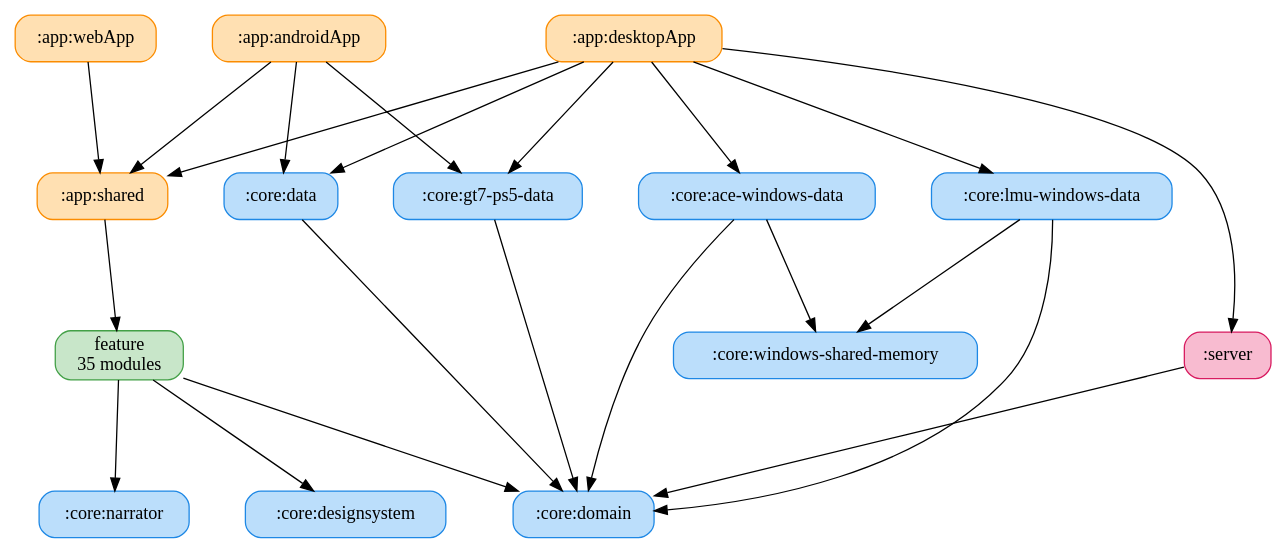
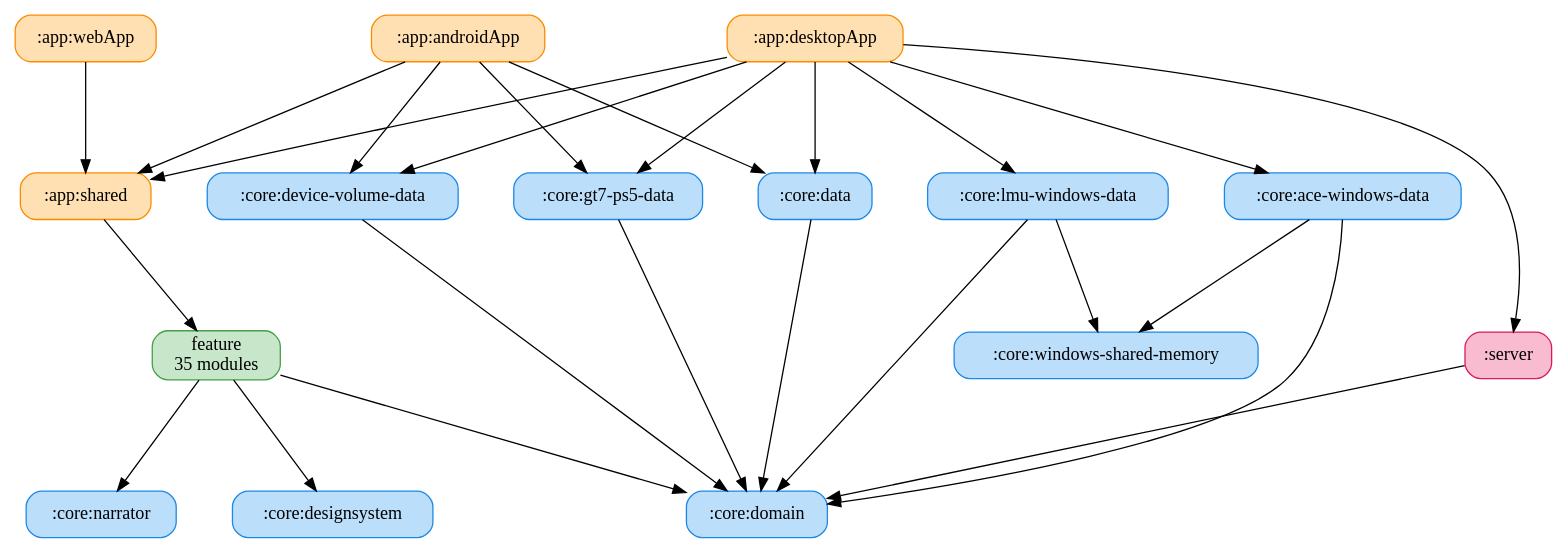
One commit to ai-kurou/KoDriver changed the diagram in docs/graphs/full-graph.gv. Above: the diagram before and after it, drawn with Graphviz. The commit also changed 51 other files, not shown here.

```diff
--- a/docs/graphs/full-graph.gv
+++ b/docs/graphs/full-graph.gv
@@ -1,40 +1,44 @@
 digraph G {
   rankdir=TB
   graph [ranksep=1.2, nodesep=0.6]
   node [shape=box, style="rounded,filled"]
   ":app:androidApp" [label=":app:androidApp", fillcolor="#FFE0B2", color="#FB8C00"]
   ":app:desktopApp" [label=":app:desktopApp", fillcolor="#FFE0B2", color="#FB8C00"]
   ":app:shared" [label=":app:shared", fillcolor="#FFE0B2", color="#FB8C00"]
   ":app:webApp" [label=":app:webApp", fillcolor="#FFE0B2", color="#FB8C00"]
   ":core:ace-windows-data" [label=":core:ace-windows-data", fillcolor="#BBDEFB", color="#1E88E5"]
   ":core:data" [label=":core:data", fillcolor="#BBDEFB", color="#1E88E5"]
   ":core:designsystem" [label=":core:designsystem", fillcolor="#BBDEFB", color="#1E88E5"]
+  ":core:device-volume-data" [label=":core:device-volume-data", fillcolor="#BBDEFB", color="#1E88E5"]
   ":core:domain" [label=":core:domain", fillcolor="#BBDEFB", color="#1E88E5"]
   ":core:gt7-ps5-data" [label=":core:gt7-ps5-data", fillcolor="#BBDEFB", color="#1E88E5"]
   ":core:lmu-windows-data" [label=":core:lmu-windows-data", fillcolor="#BBDEFB", color="#1E88E5"]
   ":core:narrator" [label=":core:narrator", fillcolor="#BBDEFB", color="#1E88E5"]
   ":core:windows-shared-memory" [label=":core:windows-shared-memory", fillcolor="#BBDEFB", color="#1E88E5"]
   ":server" [label=":server", fillcolor="#F8BBD0", color="#D81B60"]
   "feature" [label="feature\n35 modules", fillcolor="#C8E6C9", color="#43A047"]
   ":app:androidApp" -> ":app:shared"
   ":app:androidApp" -> ":core:data"
+  ":app:androidApp" -> ":core:device-volume-data"
   ":app:androidApp" -> ":core:gt7-ps5-data"
   ":app:desktopApp" -> ":app:shared"
   ":app:desktopApp" -> ":core:ace-windows-data"
   ":app:desktopApp" -> ":core:data"
+  ":app:desktopApp" -> ":core:device-volume-data"
   ":app:desktopApp" -> ":core:gt7-ps5-data"
   ":app:desktopApp" -> ":core:lmu-windows-data"
   ":app:desktopApp" -> ":server"
   ":app:shared" -> "feature"
   ":app:webApp" -> ":app:shared"
   ":core:ace-windows-data" -> ":core:domain"
   ":core:ace-windows-data" -> ":core:windows-shared-memory"
   ":core:data" -> ":core:domain"
+  ":core:device-volume-data" -> ":core:domain"
   ":core:gt7-ps5-data" -> ":core:domain"
   ":core:lmu-windows-data" -> ":core:domain"
   ":core:lmu-windows-data" -> ":core:windows-shared-memory"
   ":server" -> ":core:domain"
   "feature" -> ":core:designsystem"
   "feature" -> ":core:domain"
   "feature" -> ":core:narrator"
 }
```
